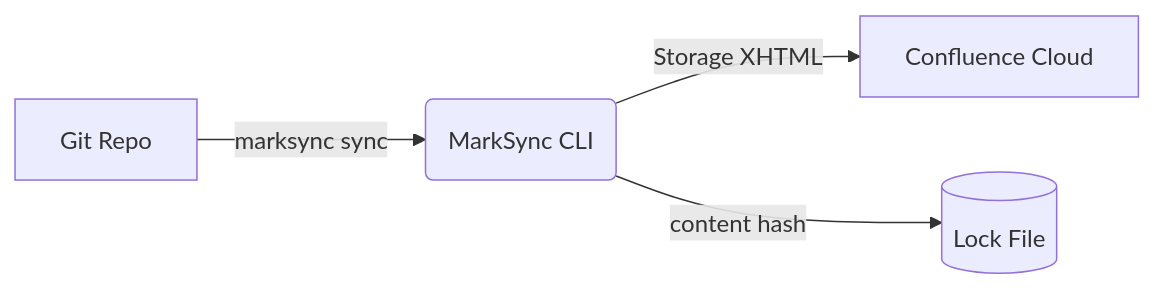
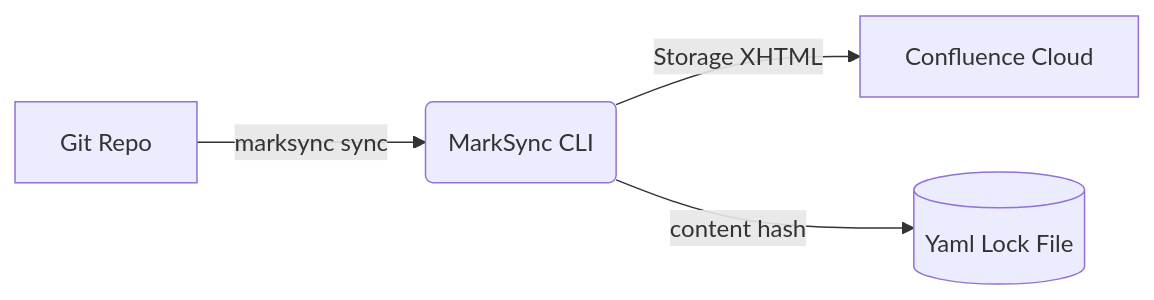
Before and after one commit to juliusz-cwiakalski/marksync-demo: the first of 2 diagrams in docs/hello-world.md, drawn with Mermaid.

Commit message:
doc: demo example

````diff
--- a/docs/hello-world.md
+++ b/docs/hello-world.md
@@ -36,6 +36,6 @@
 ```mermaid
 graph LR
     A[Git Repo] -->|marksync sync| B(MarkSync CLI)
     B -->|Storage XHTML| C[Confluence Cloud]
-    B -->|content hash| D[(Lock File)]
+    B -->|content hash| D[(Yaml Lock File)]
 ```
````
